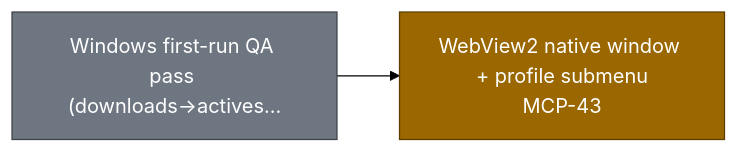
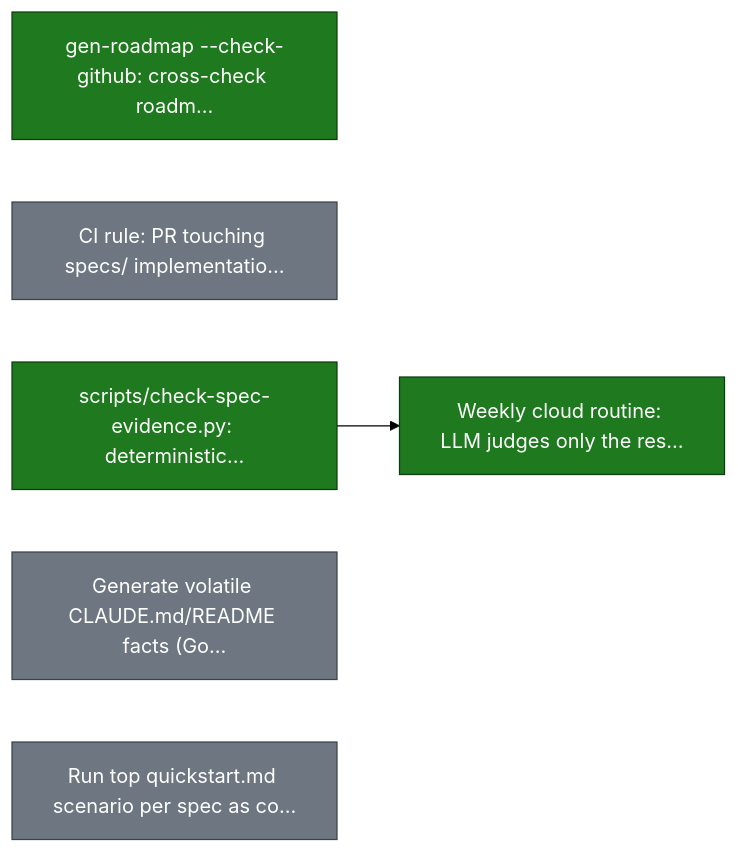
The seventh of 20 diagrams in ROADMAP.md (smart-mcp-proxy/mcpproxy-go), drawn with Mermaid (forest theme) before and after one commit. The commit also changed other lines of this file and 2 other files, not shown here.

````diff
--- a/ROADMAP.md
+++ b/ROADMAP.md
@@ -304,12 +275,16 @@
 ```mermaid
 graph LR
-  windows_tray_funnel_qa["Windows first-run QA pass (downloads→actives…"]
-  windows_tray_window["WebView2 native window + profile submenu<br/>MCP-43"]
+  hygiene_roadmap_github_check["gen-roadmap --check-github: cross-check roadm…"]
+  hygiene_tasks_reconcile["CI rule: PR touching specs/<id> implementatio…"]
+  hygiene_spec_evidence_check["scripts/check-spec-evidence.py: deterministic…"]
+  hygiene_spec_gardener["Weekly cloud routine: LLM judges only the res…"]
+  hygiene_docs_facts["Generate volatile CLAUDE.md/README facts (Go…"]
+  hygiene_quickstart_contract["Run top quickstart.md scenario per spec as co…"]
 
-  windows_tray_funnel_qa --> windows_tray_window
+  hygiene_spec_evidence_check --> hygiene_spec_gardener
 
-  classDef in_review fill:#9a6700,stroke:#5c3d00,color:#ffffff;
+  classDef done fill:#1f7a1f,stroke:#0d3d0d,color:#ffffff;
   classDef todo fill:#6e7781,stroke:#3d4248,color:#ffffff;
-  class windows_tray_window in_review;
-  class windows_tray_funnel_qa todo;
+  class hygiene_roadmap_github_check,hygiene_spec_evidence_check,hygiene_spec_gardener done;
+  class hygiene_tasks_reconcile,hygiene_docs_facts,hygiene_quickstart_contract todo;
 ```
````
